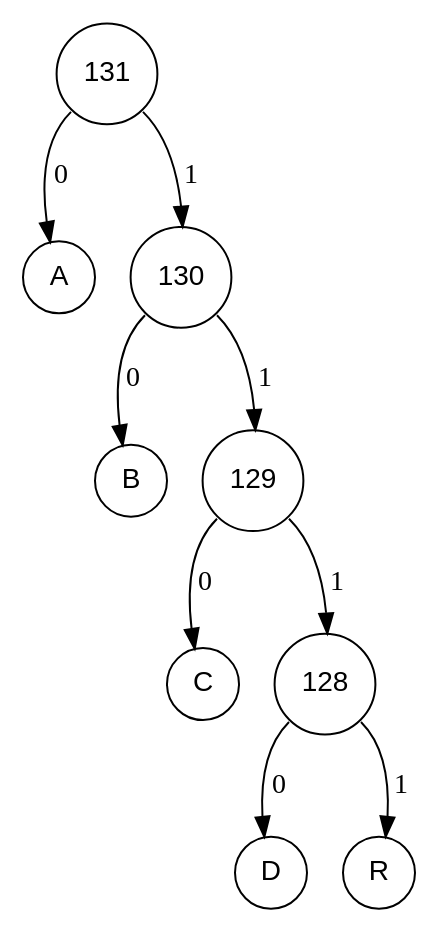
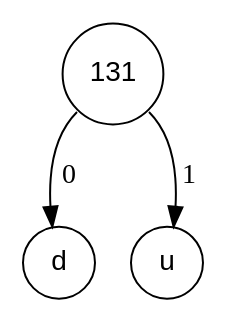
The diagram in fichiers_viz/arbre_codage_etape_4.dot (Procuste34/codage_huffman_c), drawn with Graphviz before and after one commit. The commit also changed 22 other files, not shown here.

```diff
--- a/fichiers_viz/arbre_codage_etape_4.dot
+++ b/fichiers_viz/arbre_codage_etape_4.dot
@@ -1,20 +1,8 @@
 digraph POT_test {
 node [fontname="Arial", shape="circle", width=0.5];
 131 [label = "131"]
-65 [label = "A"]
-130 [label = "130"]
-66 [label = "B"]
-129 [label = "129"]
-67 [label = "C"]
-128 [label = "128"]
-68 [label = "D"]
-82 [label = "R"]
-128:sw -> 68 [label = " 0"]
-128:se -> 82 [label = " 1"]
-129:sw -> 67 [label = " 0"]
-129:se -> 128 [label = " 1"]
-130:sw -> 66 [label = " 0"]
-130:se -> 129 [label = " 1"]
-131:sw -> 65 [label = " 0"]
-131:se -> 130 [label = " 1"]
+100 [label = "d"]
+117 [label = "u"]
+131:sw -> 100 [label = " 0"]
+131:se -> 117 [label = " 1"]
 }
```
